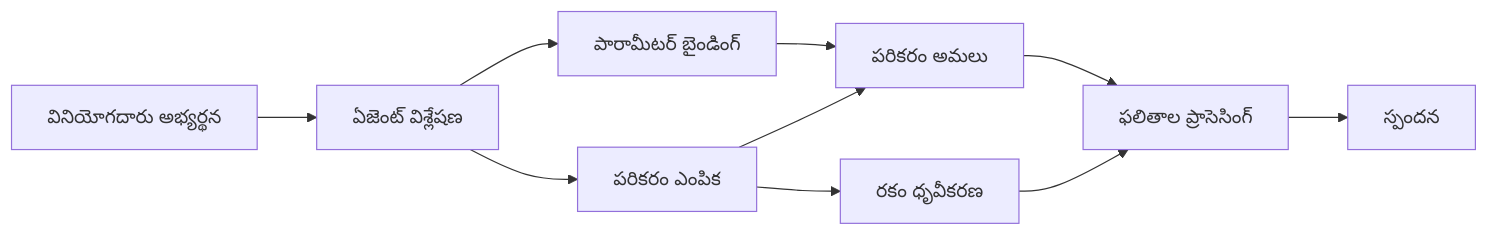
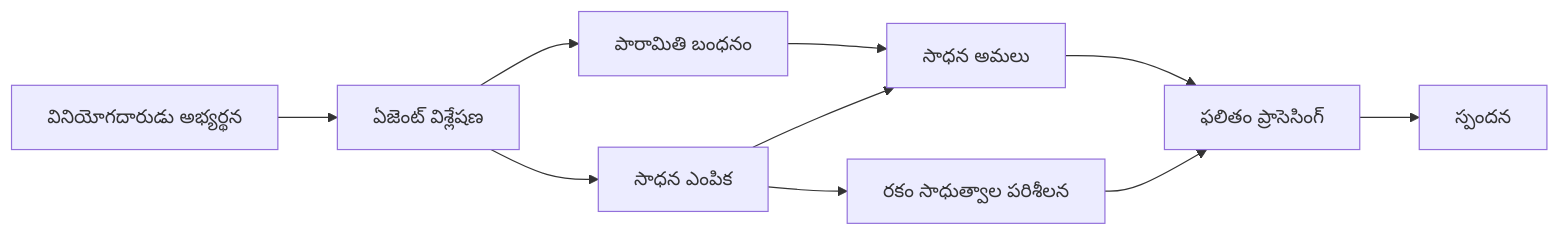
The diagram in translations/te/04-tool-use/code_samples/04-dotnet-agent-framework.md (venturemavenwill/azureaifundamentals), drawn with Mermaid before and after one commit. The commit also changed other lines of this file and 4861 other files, not shown here.

````diff
--- a/translations/te/04-tool-use/code_samples/04-dotnet-agent-framework.md
+++ b/translations/te/04-tool-use/code_samples/04-dotnet-agent-framework.md
@@ -40,12 +40,12 @@
 ```mermaid
 graph LR
-    A[వినియోగదారు అభ్యర్థన] --> B[ఏజెంట్ విశ్లేషణ]
-    B --> C[పరికరం ఎంపిక]
-    C --> D[రకం ధృవీకరణ]
-    B --> E[పారామీటర్ బైండింగ్]
-    E --> F[పరికరం అమలు]
+    A[వినియోగదారుడు అభ్యర్థన] --> B[ఏజెంట్ విశ్లేషణ]
+    B --> C[సాధన ఎంపిక]
+    C --> D[రకం సాధుత్వాల పరిశీలన]
+    B --> E[పారామితి బంధనం]
+    E --> F[సాధన అమలు]
     C --> F
-    F --> G[ఫలితాల ప్రాసెసింగ్]
+    F --> G[ఫలితం ప్రాసెసింగ్]
     D --> G
     G --> H[స్పందన]
 ```
````
